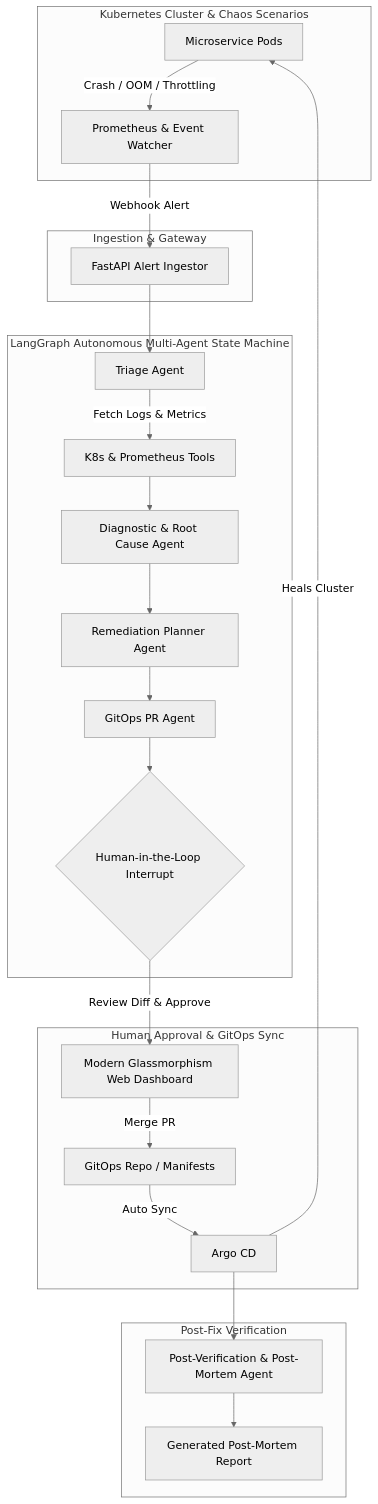
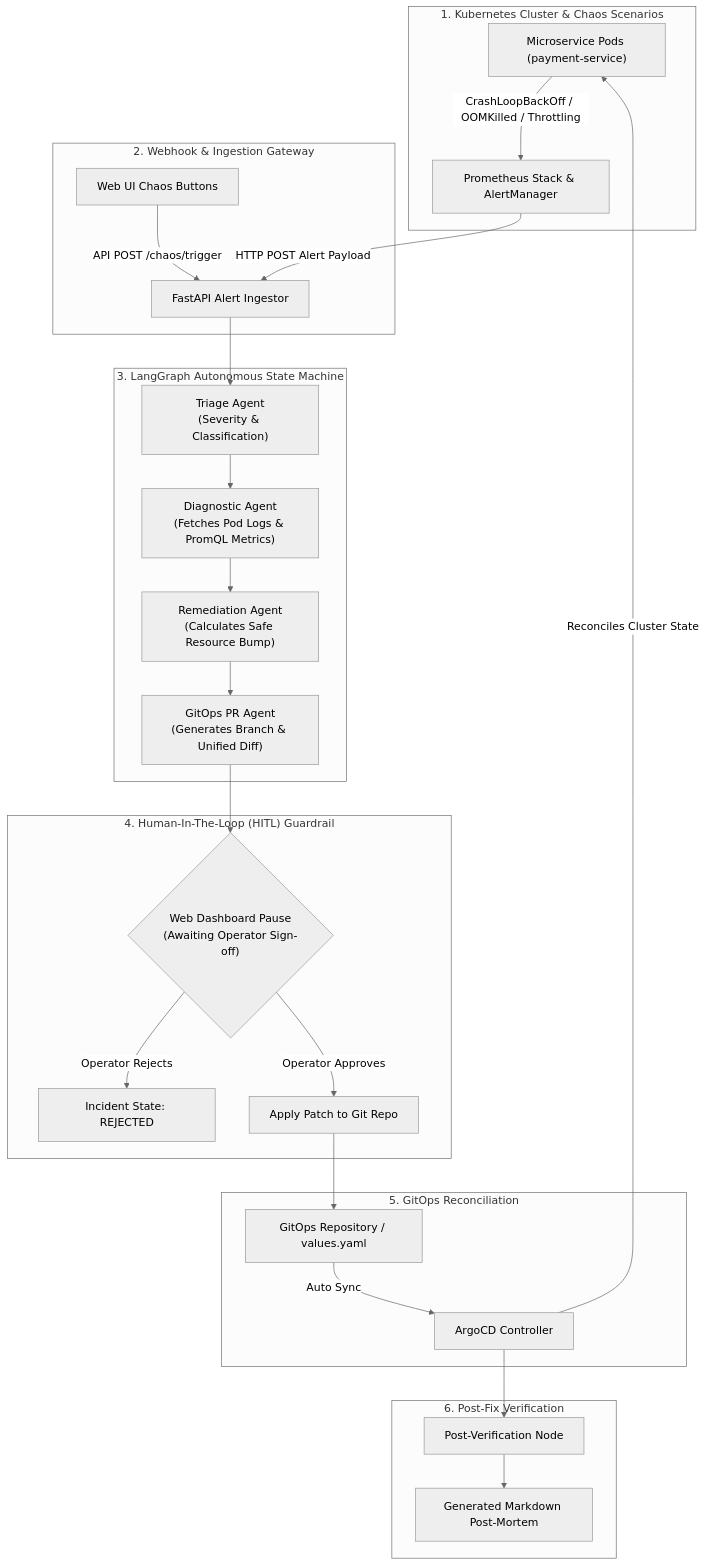
The first of 2 diagrams in README.md (Sundeep-Hiremat/cloudnative-ai-ops), drawn with Mermaid (neutral theme) before and after one commit. The commit also changed other lines of this file and 17 other files, not shown here.

````diff
--- a/README.md
+++ b/README.md
@@ -18,31 +37,35 @@
 ```mermaid
 flowchart TD
-    subgraph K8s["Kubernetes Cluster & Chaos Scenarios"]
-        Pod[Microservice Pods] -->|Crash / OOM / Throttling| Prom[Prometheus & Event Watcher]
+    subgraph K8s["1. Kubernetes Cluster & Chaos Scenarios"]
+        Pod["Microservice Pods (payment-service)"] -->|CrashLoopBackOff / OOMKilled / Throttling| Prom["Prometheus Stack & AlertManager"]
     end
 
-    subgraph Ingestion["Ingestion & Gateway"]
-        Prom -->|Webhook Alert| Ingest[FastAPI Alert Ingestor]
+    subgraph Ingestion["2. Webhook & Ingestion Gateway"]
+        Prom -->|HTTP POST Alert Payload| Ingest["FastAPI Alert Ingestor"]
+        ChaosUI["Web UI Chaos Buttons"] -->|API POST /chaos/trigger| Ingest
     end
 
-    subgraph LangGraph["LangGraph Autonomous Multi-Agent State Machine"]
-        Ingest --> Triage[Triage Agent]
-        Triage -->|Fetch Logs & Metrics| K8sAPI[K8s & Prometheus Tools]
-        K8sAPI --> Diagnosis[Diagnostic & Root Cause Agent]
-        Diagnosis --> Remediation[Remediation Planner Agent]
-        Remediation --> GitOpsAgent[GitOps PR Agent]
-        GitOpsAgent --> HITL{Human-in-the-Loop Interrupt}
+    subgraph LangGraphEngine["3. LangGraph Autonomous State Machine"]
+        Ingest --> Triage["Triage Agent<br/>(Severity & Classification)"]
+        Triage --> Diagnostic["Diagnostic Agent<br/>(Fetches Pod Logs & PromQL Metrics)"]
+        Diagnostic --> Remediation["Remediation Agent<br/>(Calculates Safe Resource Bump)"]
+        Remediation --> GitOpsAgent["GitOps PR Agent<br/>(Generates Branch & Unified Diff)"]
     end
 
-    subgraph Approval["Human Approval & GitOps Sync"]
-        HITL -->|Review Diff & Approve| WebUI[Modern Glassmorphism Web Dashboard]
-        WebUI -->|Merge PR| GitRepo[GitOps Repo / Manifests]
-        GitRepo -->|Auto Sync| ArgoCD[Argo CD]
-        ArgoCD -->|Heals Cluster| Pod
+    subgraph Approval["4. Human-In-The-Loop (HITL) Guardrail"]
+        GitOpsAgent --> HITL{"Web Dashboard Pause<br/>(Awaiting Operator Sign-off)"}
+        HITL -->|Operator Rejects| RejectState["Incident State: REJECTED"]
+        HITL -->|Operator Approves| ApplyNode["Apply Patch to Git Repo"]
     end
 
-    subgraph Verification["Post-Fix Verification"]
-        ArgoCD --> PostVerify[Post-Verification & Post-Mortem Agent]
-        PostVerify --> Report[Generated Post-Mortem Report]
+    subgraph Reconciliation["5. GitOps Reconciliation"]
+        ApplyNode --> GitRepo["GitOps Repository / values.yaml"]
+        GitRepo -->|Auto Sync| ArgoCD["ArgoCD Controller"]
+        ArgoCD -->|Reconciles Cluster State| Pod
+    end
+
+    subgraph Verification["6. Post-Fix Verification"]
+        ArgoCD --> PostVerify["Post-Verification Node"]
+        PostVerify --> Report["Generated Markdown Post-Mortem"]
     end
 ```
````
